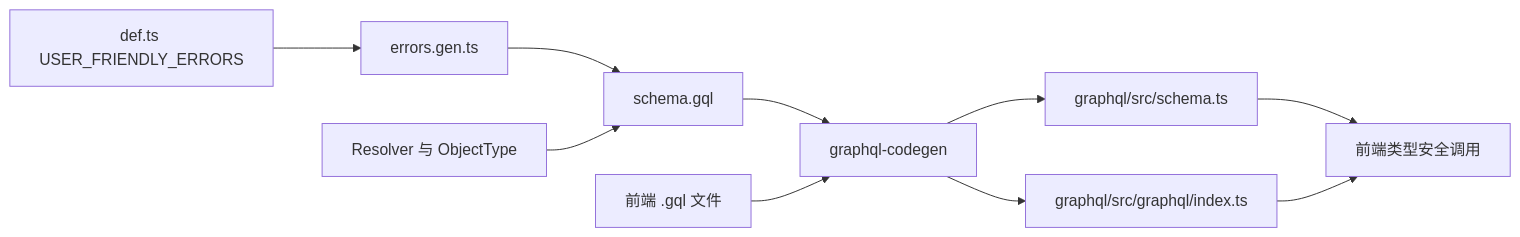
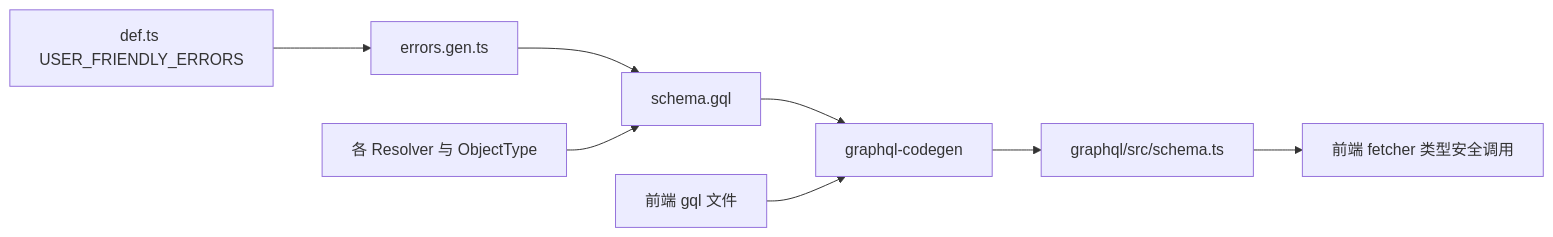
The fourth of 4 diagrams in learning-guide/slides/decks/05.md (lfire/AFFiNE), drawn with Mermaid before and after one commit. The commit also changed other lines of this file and 46 other files, not shown here.

````diff
--- a/learning-guide/slides/decks/05.md
+++ b/learning-guide/slides/decks/05.md
@@ -429,12 +493,10 @@
 ```mermaid
 flowchart LR
-    DEF["def.ts USER_FRIENDLY_ERRORS"] --> GEN["errors.gen.ts"]
-    GEN --> GQL["schema.gql"]
-    RES["Resolver 与 ObjectType"] --> GQL
-    GQL --> CG["graphql-codegen"]
-    DOCS["前端 .gql 文件"] --> CG
-    CG --> ST["graphql/src/schema.ts"]
-    CG --> IT["graphql/src/graphql/index.ts"]
-    ST --> FE[前端类型安全调用]
-    IT --> FE
+  Def["def.ts USER_FRIENDLY_ERRORS"] --> Gen["errors.gen.ts"]
+  Gen --> GQL["schema.gql"]
+  Resolver["各 Resolver 与 ObjectType"] --> GQL
+  GQL --> Codegen["graphql-codegen"]
+  Docs["前端 gql 文件"] --> Codegen
+  Codegen --> SchemaTS["graphql/src/schema.ts"]
+  SchemaTS --> FE["前端 fetcher 类型安全调用"]
 ```
````
